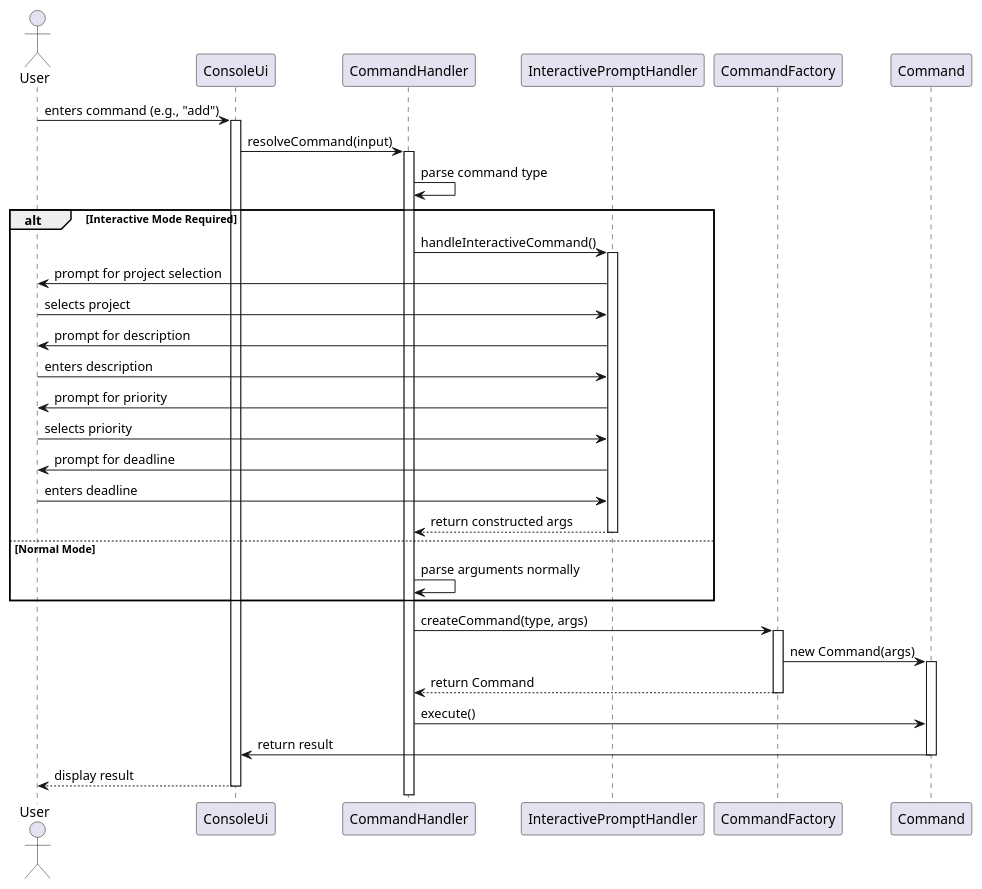
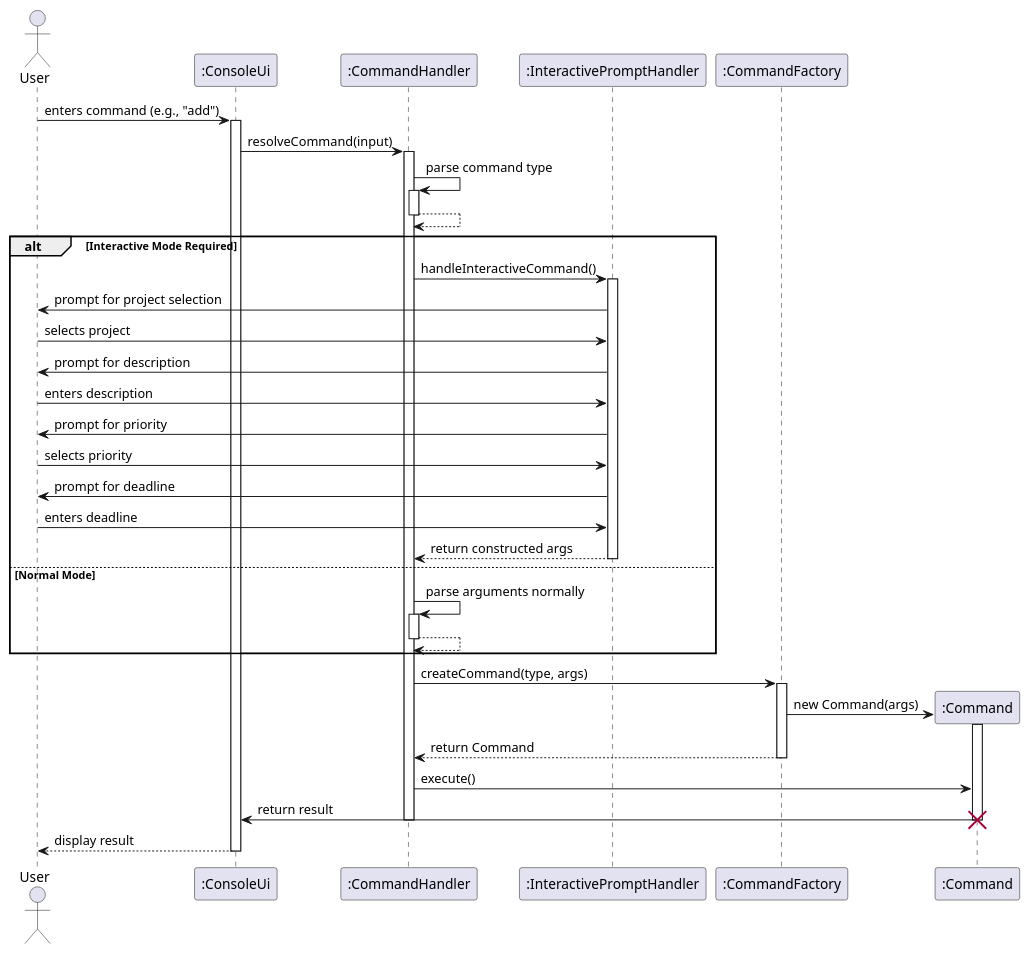
Before and after one commit to sean6369/tp: the diagram in docs/plantUML/command-processing-sequence/command-processing-sequence-diagram.puml, drawn with PlantUML. The commit also changed 38 other files, not shown here.

First line of the commit message:
Fix sequence diagrams for Yao Xiang's sections

```diff
--- a/docs/plantUML/command-processing-sequence/command-processing-sequence-diagram.puml
+++ b/docs/plantUML/command-processing-sequence/command-processing-sequence-diagram.puml
@@ -1,45 +1,54 @@
 @startuml Command Processing Sequence Diagram
 
 actor User
-participant ConsoleUi
-participant CommandHandler
-participant InteractivePromptHandler
-participant CommandFactory
-participant Command
+participant ":ConsoleUi" as ConsoleUi
+participant ":CommandHandler" as CommandHandler
+participant ":InteractivePromptHandler" as InteractivePromptHandler
+participant ":CommandFactory" as CommandFactory
+participant ":Command" as Command
 
 User -> ConsoleUi: enters command (e.g., "add")
 activate ConsoleUi
 ConsoleUi -> CommandHandler: resolveCommand(input)
 activate CommandHandler
 CommandHandler -> CommandHandler: parse command type
+activate CommandHandler
+CommandHandler --> CommandHandler
+deactivate CommandHandler
 
 alt Interactive Mode Required
     CommandHandler -> InteractivePromptHandler: handleInteractiveCommand()
     activate InteractivePromptHandler
     InteractivePromptHandler -> User: prompt for project selection
     User -> InteractivePromptHandler: selects project
     InteractivePromptHandler -> User: prompt for description
     User -> InteractivePromptHandler: enters description
     InteractivePromptHandler -> User: prompt for priority
     User -> InteractivePromptHandler: selects priority
     InteractivePromptHandler -> User: prompt for deadline
     User -> InteractivePromptHandler: enters deadline
     InteractivePromptHandler --> CommandHandler: return constructed args
     deactivate InteractivePromptHandler
 else Normal Mode
     CommandHandler -> CommandHandler: parse arguments normally
+    activate CommandHandler
+    CommandHandler --> CommandHandler
+    deactivate CommandHandler
 end
 
 CommandHandler -> CommandFactory: createCommand(type, args)
 activate CommandFactory
+create Command
 CommandFactory -> Command: new Command(args)
 activate Command
 CommandFactory --> CommandHandler: return Command
 deactivate CommandFactory
 CommandHandler -> Command: execute()
 Command -> ConsoleUi: return result
 deactivate Command
+destroy Command
+deactivate CommandHandler
 ConsoleUi --> User: display result
 deactivate ConsoleUi
 
 @enduml
```
